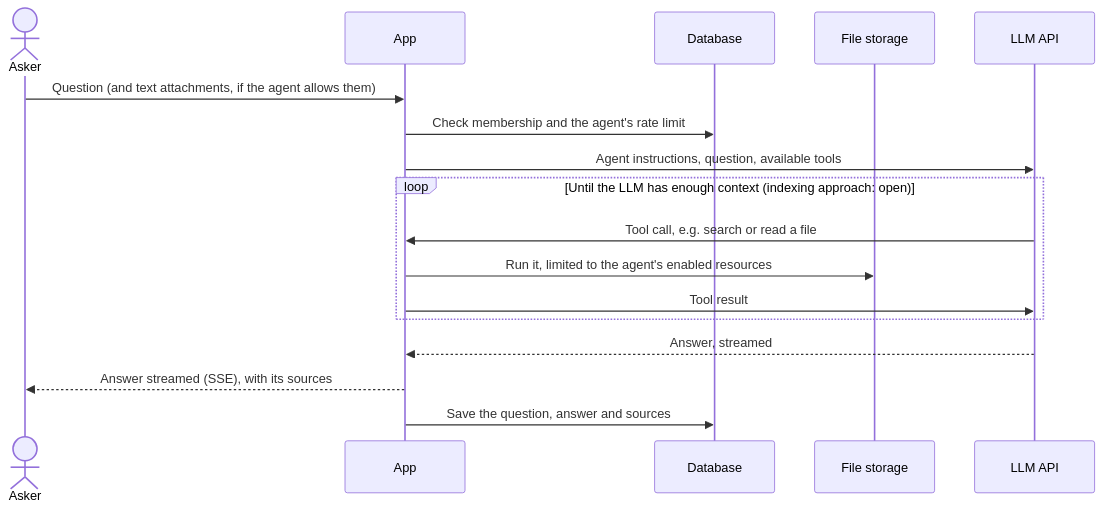
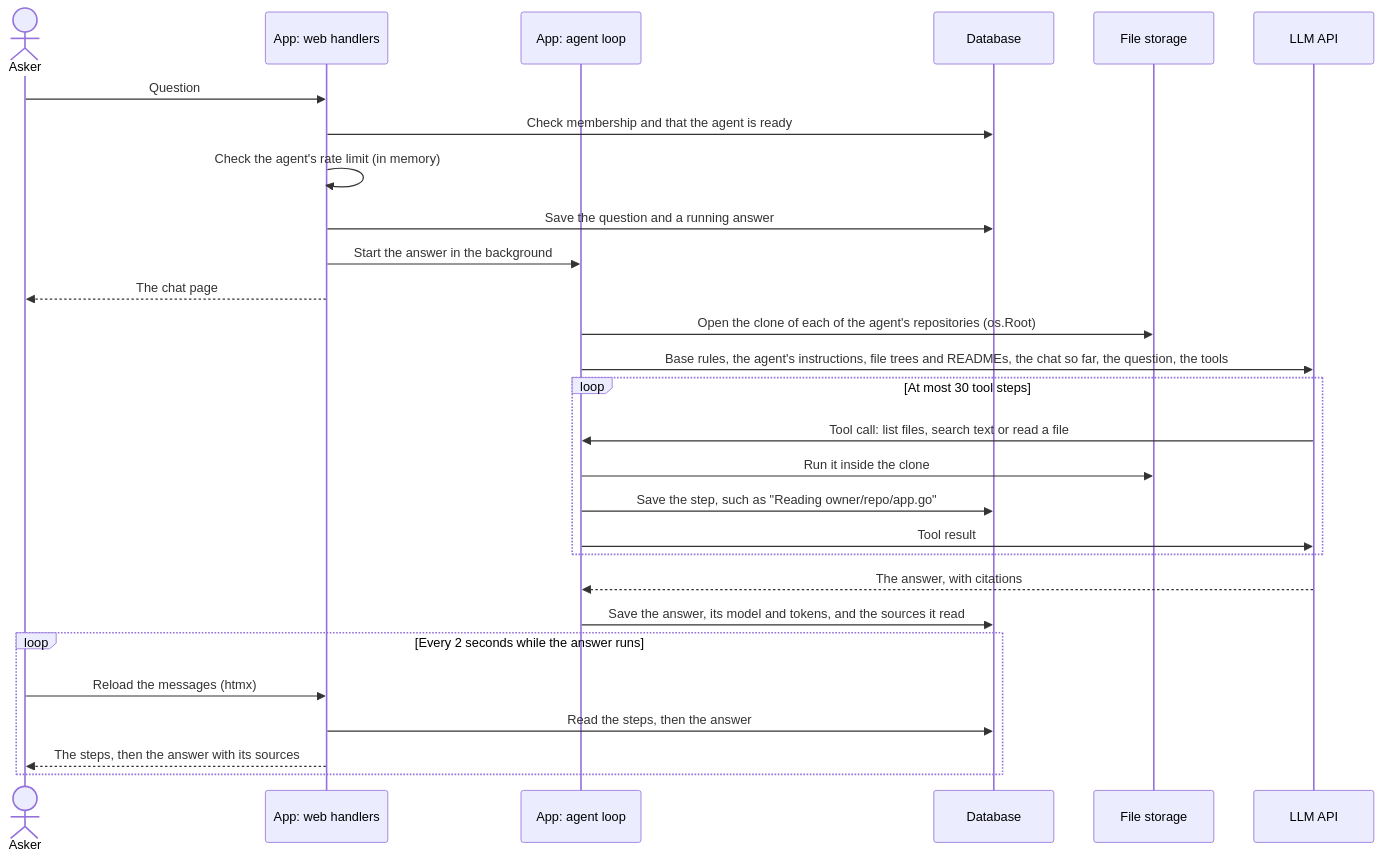
One commit to urtuba/repo-speaks changed the third of 7 diagrams in ARCHITECTURE.md. Above: the diagram before and after it, drawn with Mermaid. The commit also changed other lines of this file and 2 other files, not shown here.

First line of the commit message:
docs: describe chats, the answer loop and sources

````diff
--- a/ARCHITECTURE.md
+++ b/ARCHITECTURE.md
@@ -66,20 +66,31 @@
 ```mermaid
 sequenceDiagram
     actor Asker
-    participant App
+    participant Web as App: web handlers
+    participant Agent as App: agent loop
     participant DB as Database
     participant Files as File storage
     participant LLM as LLM API
 
-    Asker->>App: Question (and text attachments, if the agent allows them)
-    App->>DB: Check membership and the agent's rate limit
-    App->>LLM: Agent instructions, question, available tools
-    loop Until the LLM has enough context (indexing approach: open)
-        LLM->>App: Tool call, e.g. search or read a file
-        App->>Files: Run it, limited to the agent's enabled resources
-        App->>LLM: Tool result
+    Asker->>Web: Question
+    Web->>DB: Check membership and that the agent is ready
+    Web->>Web: Check the agent's rate limit (in memory)
+    Web->>DB: Save the question and a running answer
+    Web->>Agent: Start the answer in the background
+    Web-->>Asker: The chat page
+    Agent->>Files: Open the clone of each of the agent's repositories (os.Root)
+    Agent->>LLM: Base rules, the agent's instructions, file trees and READMEs, the chat so far, the question, the tools
+    loop At most 30 tool steps
+        LLM->>Agent: Tool call: list files, search text or read a file
+        Agent->>Files: Run it inside the clone
+        Agent->>DB: Save the step, such as "Reading owner/repo/app.go"
+        Agent->>LLM: Tool result
     end
-    LLM-->>App: Answer, streamed
-    App-->>Asker: Answer streamed (SSE), with its sources
-    App->>DB: Save the question, answer and sources
+    LLM-->>Agent: The answer, with citations
+    Agent->>DB: Save the answer, its model and tokens, and the sources it read
+    loop Every 2 seconds while the answer runs
+        Asker->>Web: Reload the messages (htmx)
+        Web->>DB: Read the steps, then the answer
+        Web-->>Asker: The steps, then the answer with its sources
+    end
 ```
````
